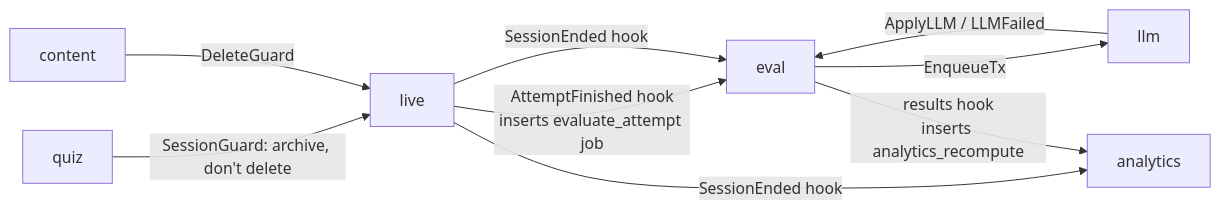
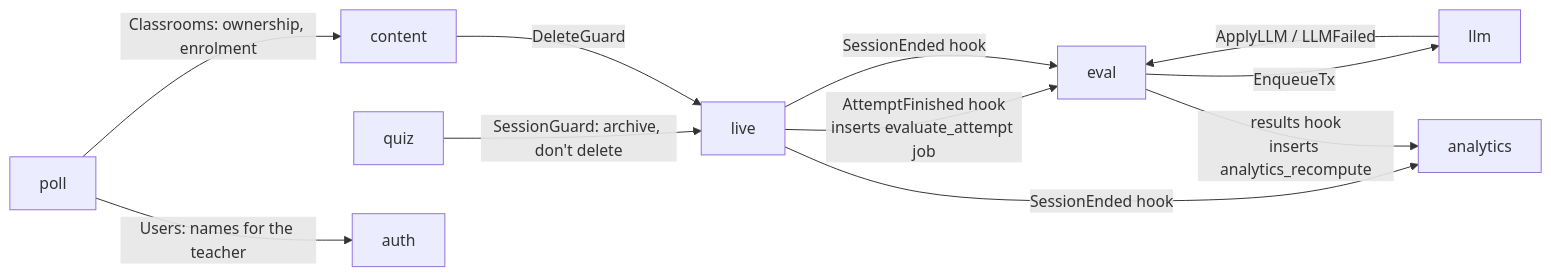
Before and after one commit to nadun96/quizare: the second of 2 diagrams in frontend/src/lib/docs/pages/architecture.md, drawn with Mermaid. The commit also changed other lines of this file and 5 other files, not shown here.

Commit message:
Docs: cover polls, rich text and the UI refresh in overview, API, security, testing, glossary and architecture

````diff
--- a/frontend/src/lib/docs/pages/architecture.md
+++ b/frontend/src/lib/docs/pages/architecture.md
@@ -46,10 +46,12 @@
 ```mermaid
 flowchart LR
   live -- AttemptFinished hook<br/>inserts evaluate_attempt job --> eval
   live -- SessionEnded hook --> eval & analytics
   eval -- EnqueueTx --> llm
   llm -- ApplyLLM / LLMFailed --> eval
   eval -- results hook<br/>inserts analytics_recompute --> analytics
   quiz -- SessionGuard: archive, don't delete --> live
   content -- DeleteGuard --> live
+  poll -- Classrooms: ownership, enrolment --> content
+  poll -- Users: names for the teacher --> auth
 ```
````
